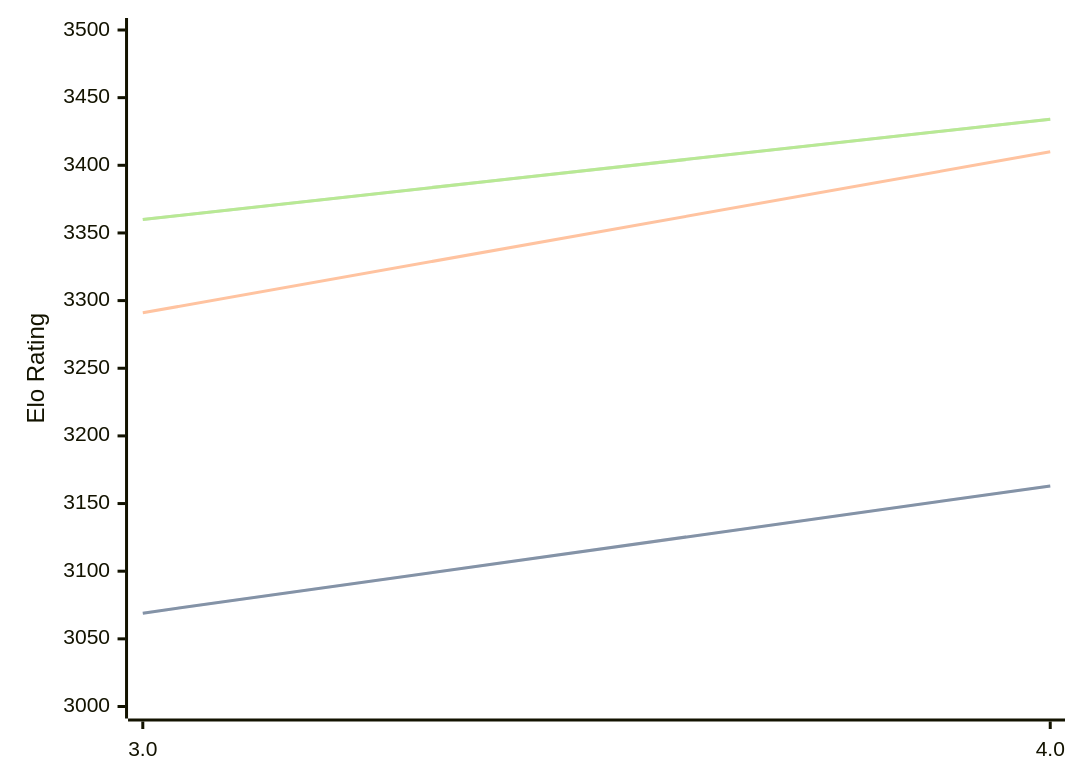
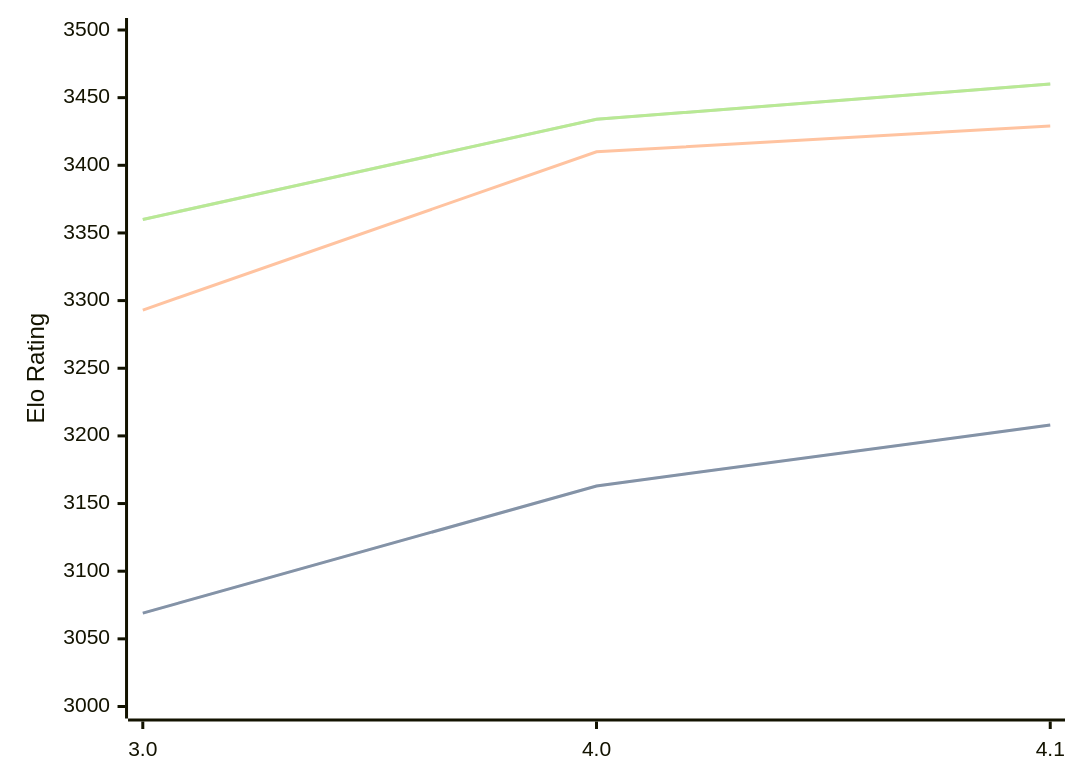
One commit to computer-chess-index/cci changed the diagram in engines/Eleanor.md. Above: the diagram before and after it, drawn with Mermaid. The commit also changed other lines of this file, not shown here.

Commit message:
Update CCI Ratings (ELO VLTC) - 2026-04-22

````diff
--- a/engines/Eleanor.md
+++ b/engines/Eleanor.md
@@ -35,11 +35,11 @@
 ```mermaid
 %%{init: {"theme":"base","themeVariables":{"seriesColors:['#a3a3a3','#222221','#faa371']}}}%%
 xychart-beta
-  x-axis ["3.0", "4.0"]
+  x-axis ["3.0", "4.0", "4.1"]
   y-axis "Elo Rating" 3000 --> 3500
-  line "STC (8.0+0.08s)" [3069, 3163]
-  line "STC (8.0+0.08s)" [3069, 3163]
-  line "LTC (60.0+0.60s)" [3291, 3410]
-  line "VLTC (2m24s+1.12s)" [3360, 3434]
-  line "VLTC (2m24s+1.12s)" [3360, 3434]
+  line "STC (8.0+0.08s)" [3069, 3163, 3208]
+  line "STC (8.0+0.08s)" [3069, 3163, 3208]
+  line "LTC (60.0+0.60s)" [3293, 3410, 3429]
+  line "VLTC (2m24s+1.12s)" [3360, 3434, 3460]
+  line "VLTC (2m24s+1.12s)" [3360, 3434, 3460]
 ```
````
